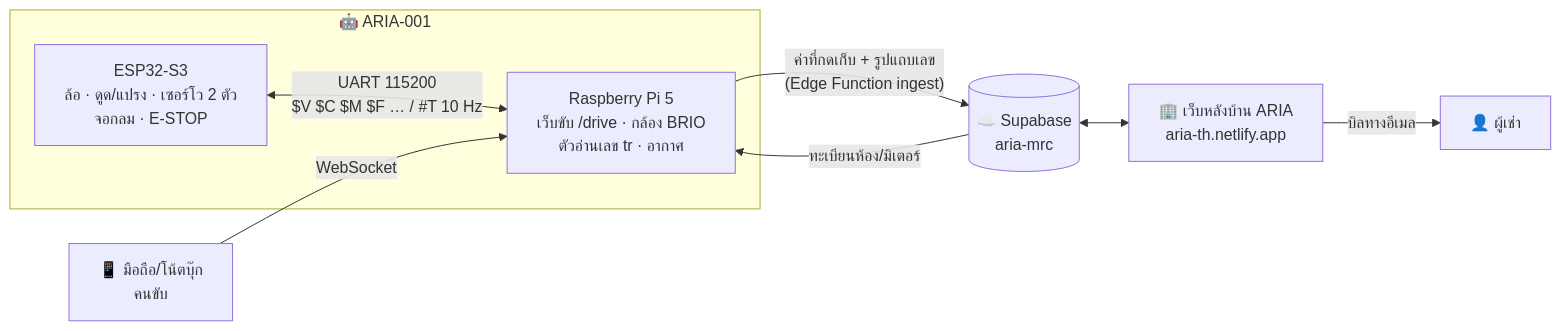
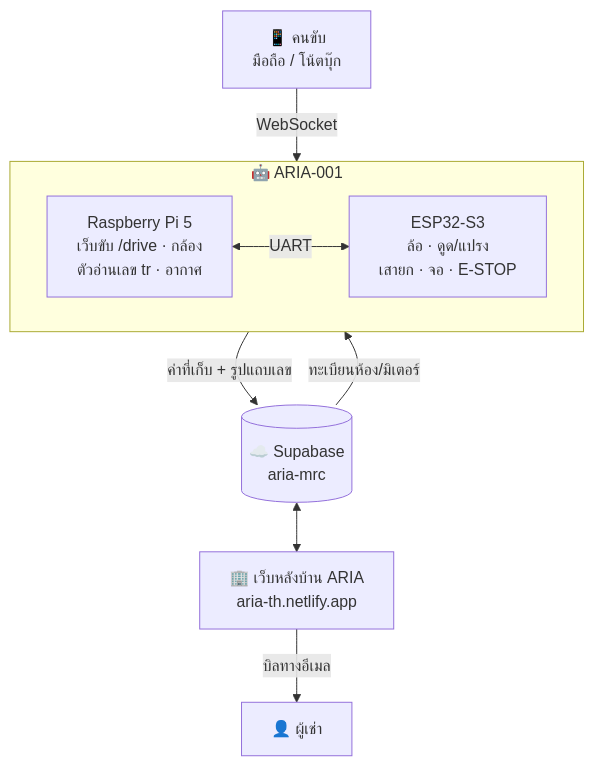
One commit to Icepxr/vacuum_robot changed the diagram in README.md. Above: the diagram before and after it, drawn with Mermaid.

Commit message:
README: ผังระบบเป็นแนวตั้ง อ่านง่ายบนจอแคบ

````diff
--- a/README.md
+++ b/README.md
@@ -44,13 +44,18 @@
 ```mermaid
-flowchart LR
+flowchart TB
+    PHONE["📱 คนขับ<br/>มือถือ / โน้ตบุ๊ก"]
     subgraph ROBOT["🤖 ARIA-001"]
-        ESP["ESP32-S3<br/>ล้อ · ดูด/แปรง · เซอร์โว 2 ตัว<br/>จอกลม · E-STOP"]
-        PI["Raspberry Pi 5<br/>เว็บขับ /drive · กล้อง BRIO<br/>ตัวอ่านเลข tr · อากาศ"]
-        ESP <-- "UART 115200<br/>$V $C $M $F … / #T 10 Hz" --> PI
+        direction LR
+        PI["Raspberry Pi 5<br/>เว็บขับ /drive · กล้อง<br/>ตัวอ่านเลข tr · อากาศ"]
+        ESP["ESP32-S3<br/>ล้อ · ดูด/แปรง<br/>เสายก · จอ · E-STOP"]
+        PI <-- "UART" --> ESP
     end
-    PHONE["📱 มือถือ/โน้ตบุ๊ก<br/>คนขับ"] -- "WebSocket" --> PI
-    PI -- "ค่าที่กดเก็บ + รูปแถบเลข<br/>(Edge Function ingest)" --> SB[("☁️ Supabase<br/>aria-mrc")]
+    SB[("☁️ Supabase<br/>aria-mrc")]
+    WEB["🏢 เว็บหลังบ้าน ARIA<br/>aria-th.netlify.app"]
+    TENANT["👤 ผู้เช่า"]
+    PHONE -- "WebSocket" --> PI
+    PI -- "ค่าที่เก็บ + รูปแถบเลข" --> SB
     SB -- "ทะเบียนห้อง/มิเตอร์" --> PI
-    SB <--> WEB["🏢 เว็บหลังบ้าน ARIA<br/>aria-th.netlify.app"]
-    WEB -- "บิลทางอีเมล" --> TENANT["👤 ผู้เช่า"]
+    SB <--> WEB
+    WEB -- "บิลทางอีเมล" --> TENANT
 ```
````
